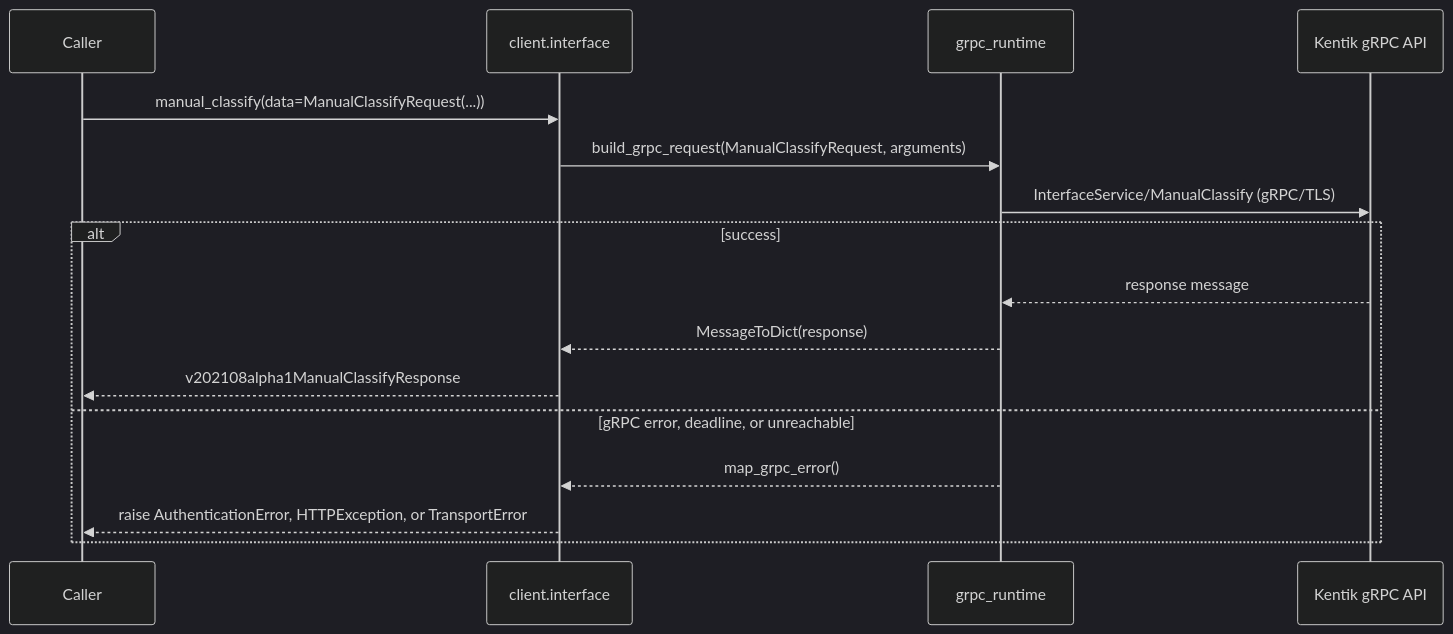
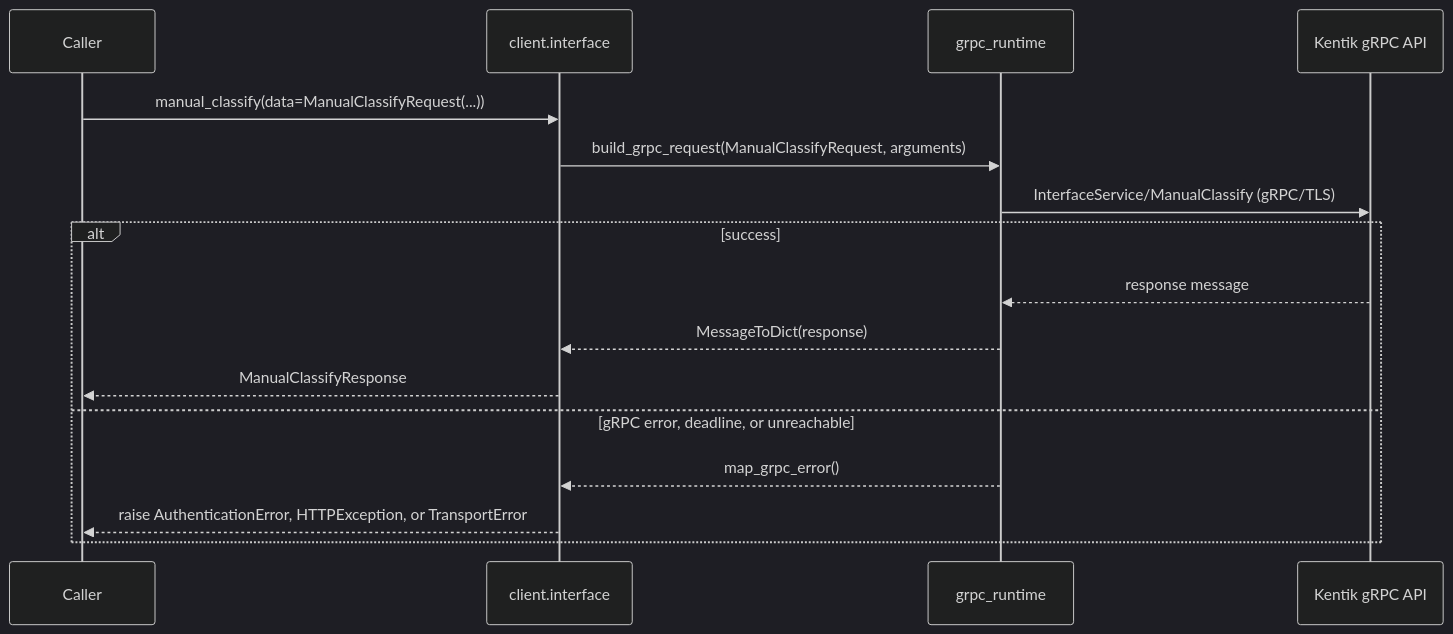
One commit to alexdearaujo/community_sdk_python changed diagram 13 of 14 in docs/sphinx/services/interface.md. Above: the diagram before and after it, drawn with Mermaid (dark theme). The commit also changed other lines of this file and 38 other files, not shown here.

````diff
--- a/docs/sphinx/services/interface.md
+++ b/docs/sphinx/services/interface.md
@@ -445,19 +445,19 @@
 ```mermaid
 sequenceDiagram
     participant C as Caller
     participant W as client.interface
     participant R as grpc_runtime
     participant API as Kentik gRPC API
 
     C->>W: manual_classify(data=ManualClassifyRequest(...))
     W->>R: build_grpc_request(ManualClassifyRequest, arguments)
     R->>API: InterfaceService/ManualClassify (gRPC/TLS)
     alt success
         API-->>R: response message
         R-->>W: MessageToDict(response)
-        W-->>C: v202108alpha1ManualClassifyResponse
+        W-->>C: ManualClassifyResponse
     else gRPC error, deadline, or unreachable
         R-->>W: map_grpc_error()
         W-->>C: raise AuthenticationError, HTTPException, or TransportError
     end
 ```
````
